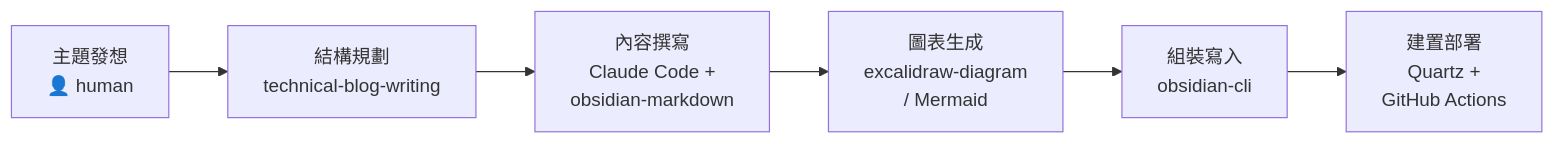
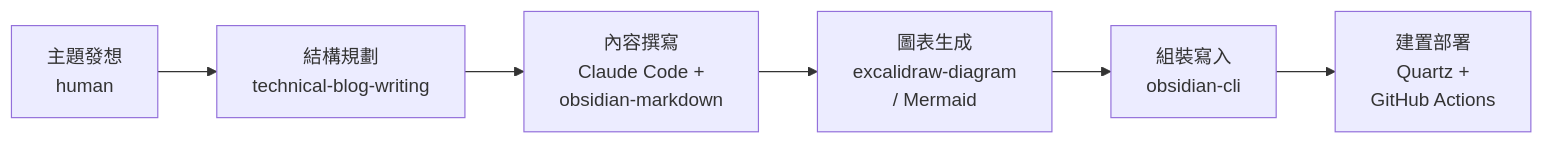
Before and after one commit to jimmyliou777/digital-garden: the diagram in content/開發思維/工具鏈/用 Claude Code 組裝一條 AI 驅動的技術 Blog 產線.md, drawn with Mermaid. The commit also changed other lines of this file and 3 other files, not shown here.

First line of the commit message:
docs(開發思維): 重構 AI Blog 產線文章結構並加入互動流程圖

````diff
--- a/content/開發思維/工具鏈/用 Claude Code 組裝一條 AI 驅動的技術 Blog 產線.md
+++ b/content/開發思維/工具鏈/用 Claude Code 組裝一條 AI 驅動的技術 Blog 產線.md
@@ -29,8 +31,8 @@
 ```mermaid
 flowchart LR
-    A["主題發想<br>👤 human"] --> B["結構規劃<br>technical-blog-writing"]
+    A["主題發想<br>human"] --> B["結構規劃<br>technical-blog-writing"]
     B --> C["內容撰寫<br>Claude Code +<br>obsidian-markdown"]
     C --> D["圖表生成<br>excalidraw-diagram<br>/ Mermaid"]
     D --> E["組裝寫入<br>obsidian-cli"]
     E --> F["建置部署<br>Quartz +<br>GitHub Actions"]
 ```
````
